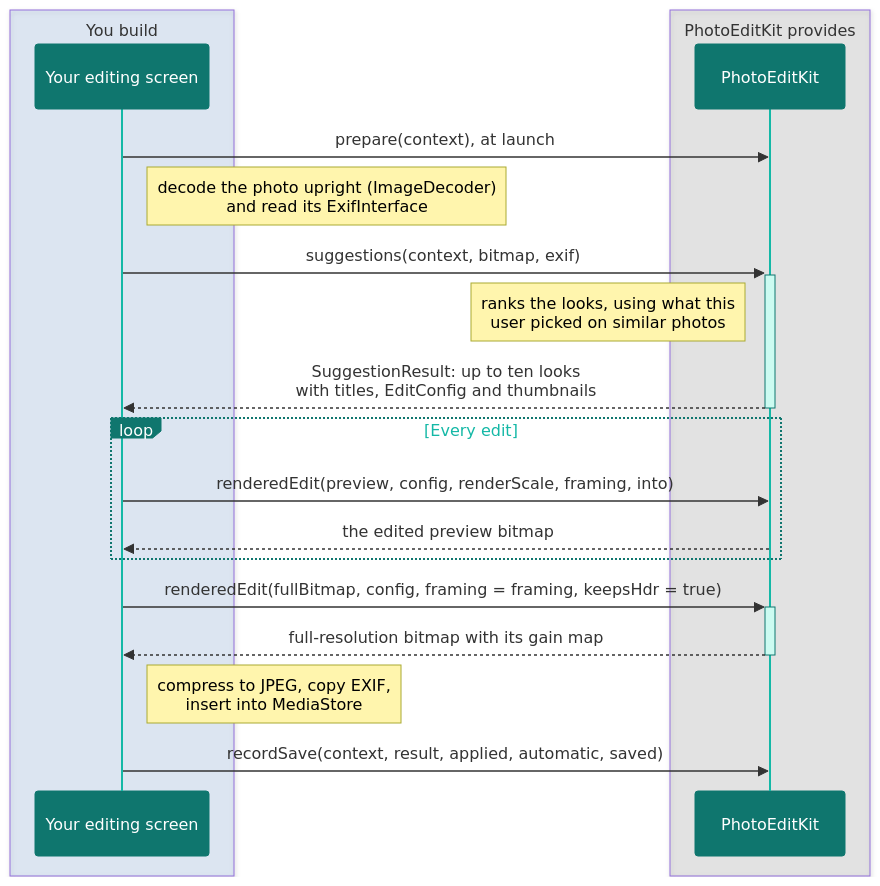
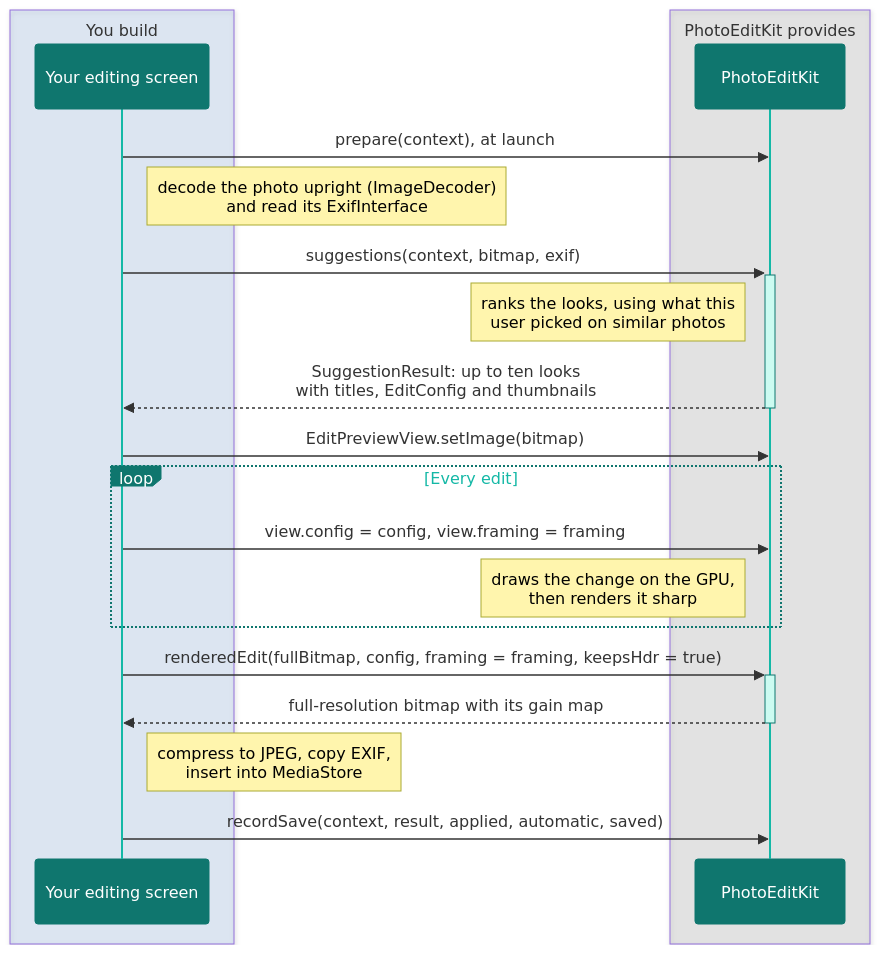
One commit to 8kdesign/PhotoEditKit-Android changed the diagram in README.md. Above: the diagram before and after it, drawn with Mermaid. The commit also changed other lines of this file and 20 other files, not shown here.

````diff
--- a/README.md
+++ b/README.md
@@ -95,26 +98,27 @@
 ```mermaid
 %%{init: {"themeVariables": {"actorBkg": "#0f766e", "actorBorder": "#0f766e", "actorTextColor": "#ffffff", "actorLineColor": "#14b8a6", "labelBoxBkgColor": "#0f766e", "labelBoxBorderColor": "#0f766e", "labelTextColor": "#ffffff", "loopTextColor": "#14b8a6", "activationBkgColor": "#ccfbf1", "activationBorderColor": "#0f766e"}}}%%
 sequenceDiagram
     box rgba(80, 140, 220, 0.15) You build
         participant UI as Your editing screen
     end
     box rgba(120, 120, 120, 0.15) PhotoEditKit provides
         participant K as PhotoEditKit
     end
 
     UI->>K: prepare(context), at launch
     Note right of UI: decode the photo upright (ImageDecoder)<br>and read its ExifInterface
     UI->>+K: suggestions(context, bitmap, exif)
     Note left of K: ranks the looks, using what this<br>user picked on similar photos
     K-->>-UI: SuggestionResult: up to ten looks<br>with titles, EditConfig and thumbnails
 
+    UI->>K: EditPreviewView.setImage(bitmap)
     loop Every edit
-        UI->>K: renderedEdit(preview, config, renderScale, framing, into)
-        K-->>UI: the edited preview bitmap
+        UI->>K: view.config = config, view.framing = framing
+        Note left of K: draws the change on the GPU,<br>then renders it sharp
     end
 
     UI->>+K: renderedEdit(fullBitmap, config, framing = framing, keepsHdr = true)
     K-->>-UI: full-resolution bitmap with its gain map
     Note right of UI: compress to JPEG, copy EXIF,<br>insert into MediaStore
     UI->>K: recordSave(context, result, applied, automatic, saved)
 ```
````
